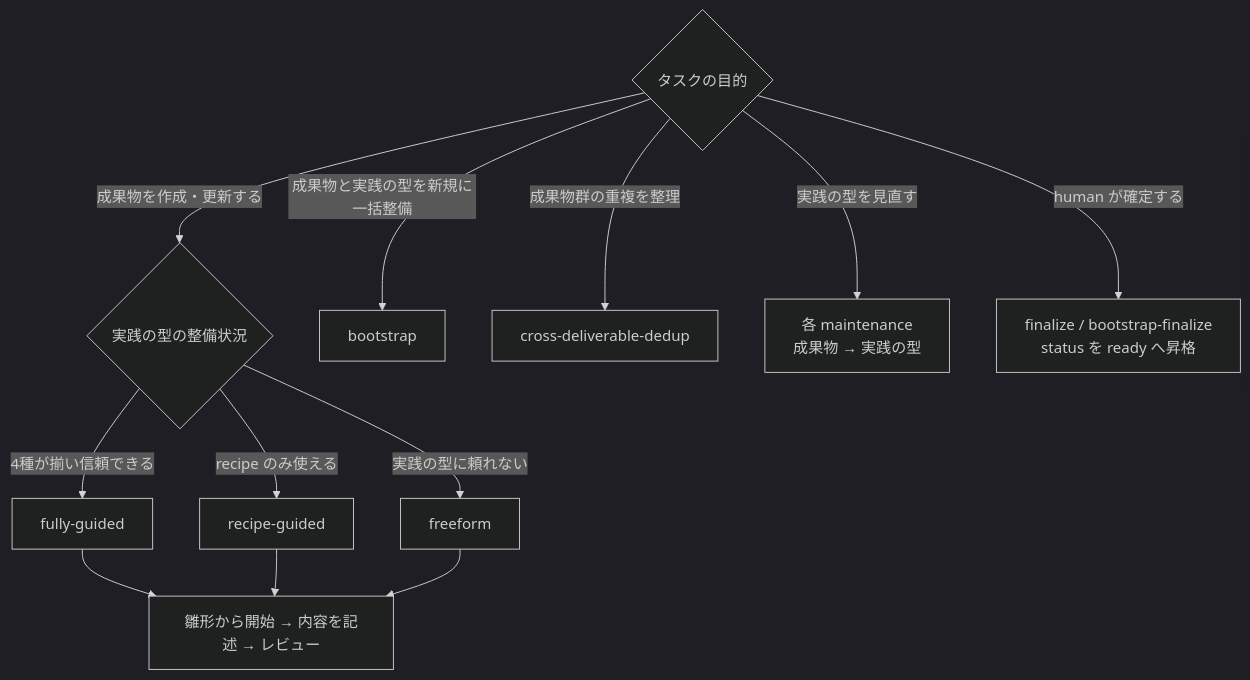
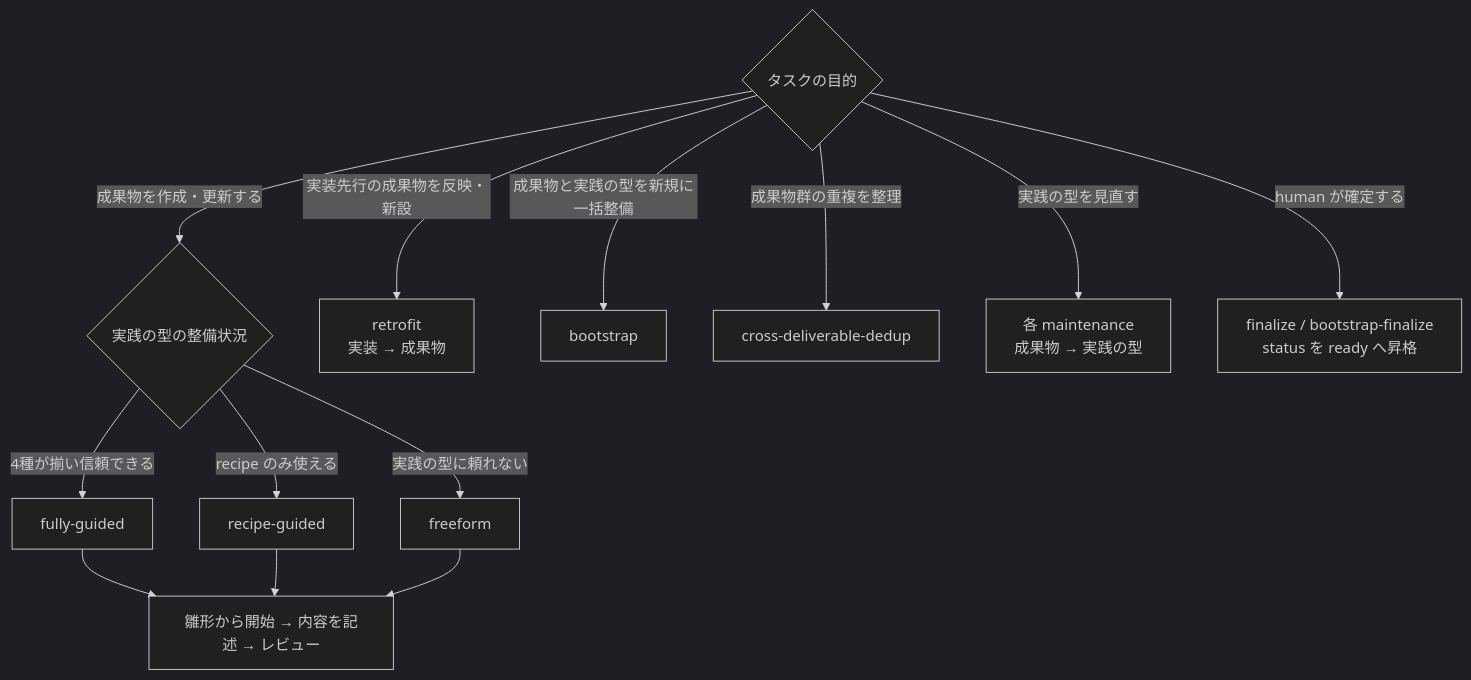
One commit to specdojo/specdojo changed the first of 5 diagrams in docs/ja/specdojo/guides/kata-guide.md. Above: the diagram before and after it, drawn with Mermaid (dark theme). The commit also changed other lines of this file and 24 other files, not shown here.

````diff
--- a/docs/ja/specdojo/guides/kata-guide.md
+++ b/docs/ja/specdojo/guides/kata-guide.md
@@ -52,15 +52,16 @@
 ```mermaid
 flowchart TD
   P{"タスクの目的"}
   P -->|"成果物を作成・更新する"| M{"実践の型の整備状況"}
   M -->|"4種が揃い信頼できる"| FG["fully-guided"]
   M -->|"recipe のみ使える"| RG["recipe-guided"]
   M -->|"実践の型に頼れない"| FF["freeform"]
   FG --> W["雛形から開始 → 内容を記述 → レビュー"]
   RG --> W
   FF --> W
+  P -->|"実装先行の成果物を反映・新設"| RF["retrofit<br/>実装 → 成果物"]
   P -->|"成果物と実践の型を新規に一括整備"| BS["bootstrap"]
   P -->|"成果物群の重複を整理"| DD["cross-deliverable-dedup"]
   P -->|"実践の型を見直す"| MT["各 maintenance<br/>成果物 → 実践の型"]
   P -->|"human が確定する"| FIN["finalize / bootstrap-finalize<br/>status を ready へ昇格"]
 ```
````
